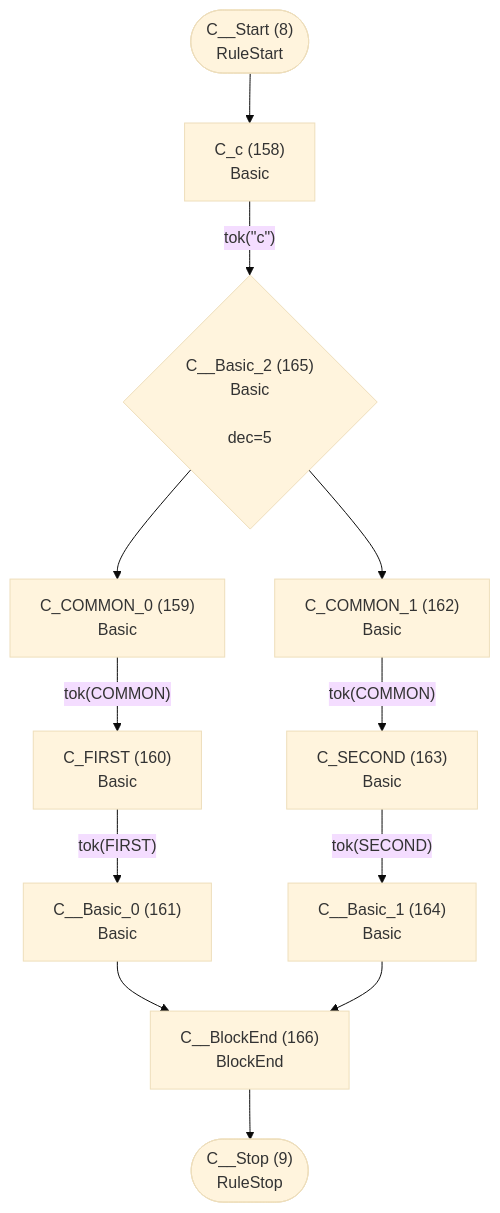
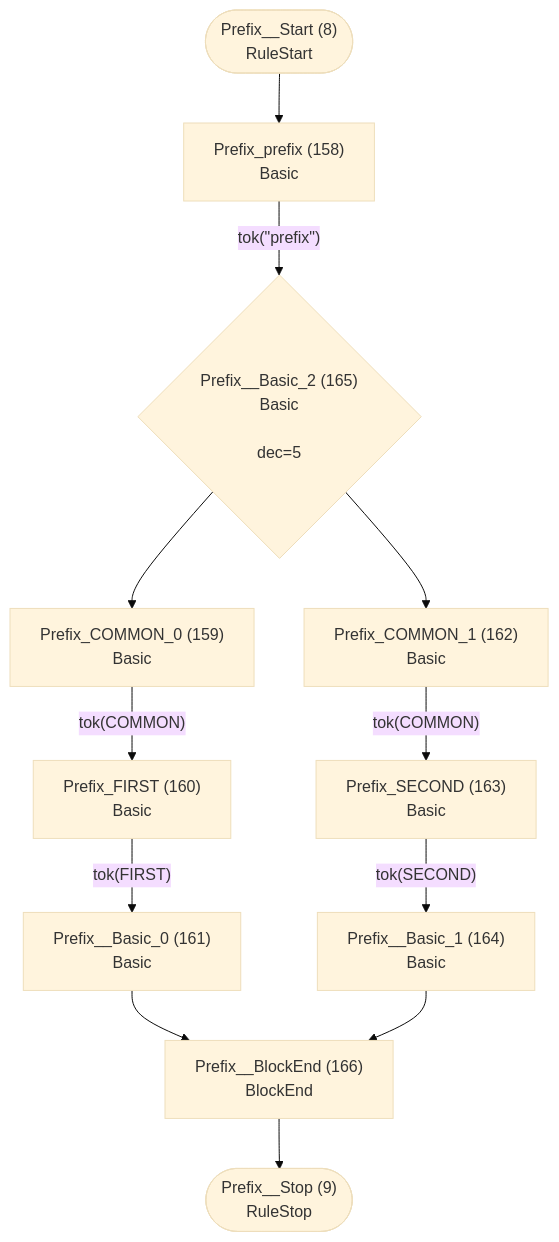
Before and after one commit to TypeFox/fastbelt: the fifth of 41 diagrams in internal/languages/completion/atn.md, drawn with Mermaid (base theme). The commit also changed other lines of this file and 11 other files, not shown here.

````diff
--- a/internal/languages/completion/atn.md
+++ b/internal/languages/completion/atn.md
@@ -225,26 +225,26 @@
 ```mermaid
 flowchart TD
-    q8(["C__Start (8)<br/>RuleStart"])
-    q9(["C__Stop (9)<br/>RuleStop"])
-    q158["C_c (158)<br/>Basic<br/>"]
-    q159["C_COMMON_0 (159)<br/>Basic<br/>"]
-    q160["C_FIRST (160)<br/>Basic<br/>"]
-    q161["C__Basic_0 (161)<br/>Basic<br/>"]
-    q162["C_COMMON_1 (162)<br/>Basic<br/>"]
-    q163["C_SECOND (163)<br/>Basic<br/>"]
-    q164["C__Basic_1 (164)<br/>Basic<br/>"]
-    q165{"C__Basic_2 (165)<br/>Basic<br/><br/>dec=5"}
-    q166["C__BlockEnd (166)<br/>BlockEnd<br/>"]
+    q8(["Prefix__Start (8)<br/>RuleStart"])
+    q9(["Prefix__Stop (9)<br/>RuleStop"])
+    q158["Prefix_prefix (158)<br/>Basic<br/>"]
+    q159["Prefix_COMMON_0 (159)<br/>Basic<br/>"]
+    q160["Prefix_FIRST (160)<br/>Basic<br/>"]
+    q161["Prefix__Basic_0 (161)<br/>Basic<br/>"]
+    q162["Prefix_COMMON_1 (162)<br/>Basic<br/>"]
+    q163["Prefix_SECOND (163)<br/>Basic<br/>"]
+    q164["Prefix__Basic_1 (164)<br/>Basic<br/>"]
+    q165{"Prefix__Basic_2 (165)<br/>Basic<br/><br/>dec=5"}
+    q166["Prefix__BlockEnd (166)<br/>BlockEnd<br/>"]
 
     q8 --> q158
-    q158 -->|"tok(&quot;c&quot;)"| q165
+    q158 -->|"tok(&quot;prefix&quot;)"| q165
     q159 -->|"tok(COMMON)"| q160
     q160 -->|"tok(FIRST)"| q161
     q161 --> q166
     q162 -->|"tok(COMMON)"| q163
     q163 -->|"tok(SECOND)"| q164
     q164 --> q166
     q165 --> q159
     q165 --> q162
     q166 --> q9
 ```
````
